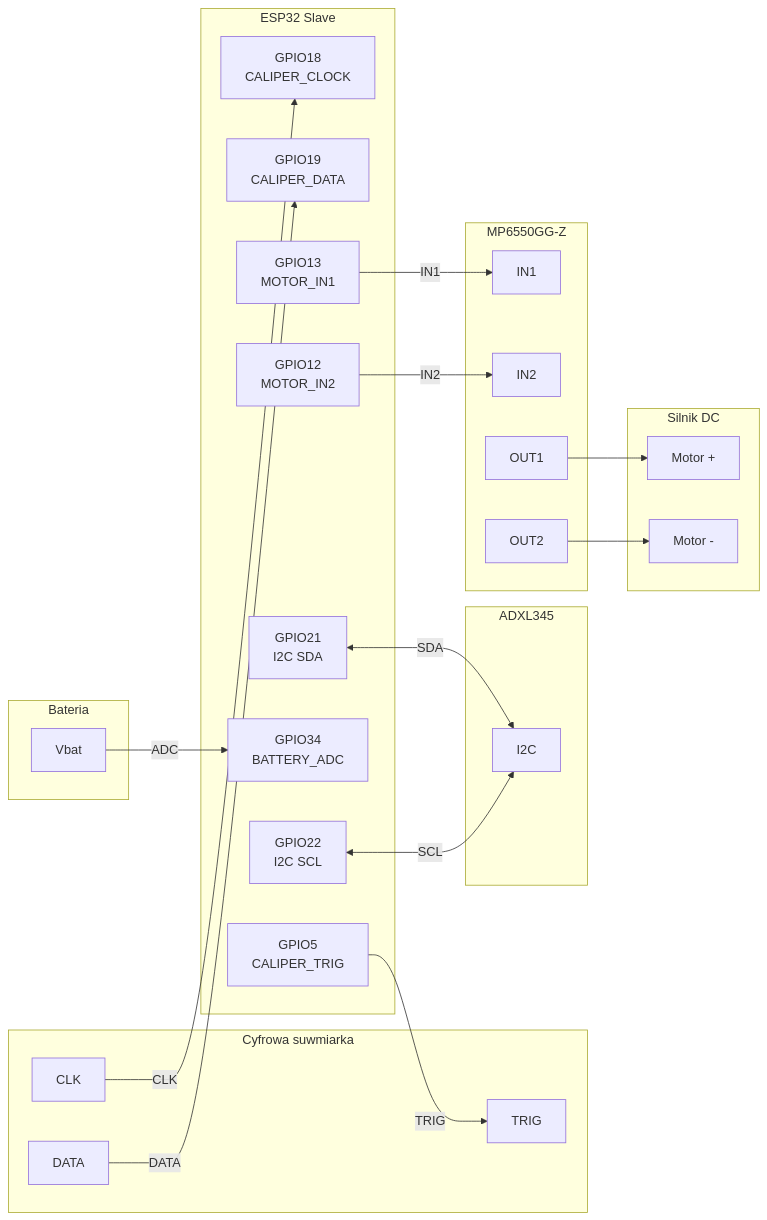
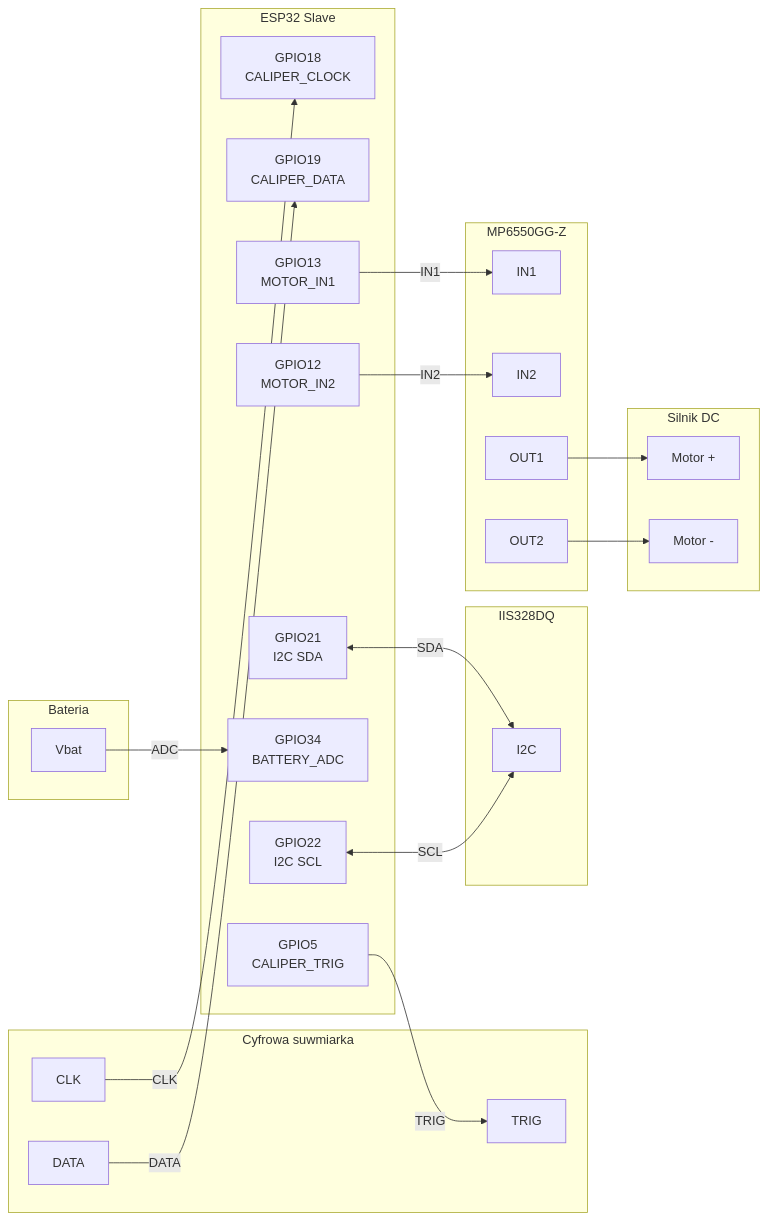
Before and after one commit to ciupakt/caliper: the third of 3 diagrams in README.md, drawn with Mermaid. The commit also changed other lines of this file and 9 other files, not shown here.

````diff
--- a/README.md
+++ b/README.md
@@ -174,58 +174,58 @@
 ```mermaid
 flowchart LR
     %% Układ: urządzenia po lewej, ESP32 po środku, obciążenia po prawej.
 
     subgraph CAL[Cyfrowa suwmiarka]
         CAL_CLK[CLK]
         CAL_DATA[DATA]
         CAL_TRIG[TRIG]
     end
 
-    subgraph ACC[ADXL345]
+    subgraph ACC[IIS328DQ]
         ACC_I2C[I2C]
     end
 
     subgraph BATT[Bateria]
         BATT_V[Vbat]
     end
 
     subgraph SL[ESP32 Slave]
         GPIO18[GPIO18<br/>CALIPER_CLOCK]
         GPIO19[GPIO19<br/>CALIPER_DATA]
         GPIO5[GPIO5<br/>CALIPER_TRIG]
 
         GPIO21[GPIO21<br/>I2C SDA]
         GPIO22[GPIO22<br/>I2C SCL]
 
         GPIO34[GPIO34<br/>BATTERY_ADC]
 
         GPIO13[GPIO13<br/>MOTOR_IN1]
         GPIO12[GPIO12<br/>MOTOR_IN2]
     end
 
     subgraph DRV[MP6550GG-Z]
         DRV_IN1[IN1]
         DRV_IN2[IN2]
         DRV_OUT1[OUT1]
         DRV_OUT2[OUT2]
     end
 
     subgraph MOT[Silnik DC]
         MOT_A[Motor +]
         MOT_B[Motor -]
     end
 
     CAL_CLK -->|CLK| GPIO18
     CAL_DATA -->|DATA| GPIO19
     GPIO5 -->|TRIG| CAL_TRIG
 
     GPIO21 <--> |SDA| ACC_I2C
     GPIO22 <--> |SCL| ACC_I2C
 
     BATT_V -->|ADC| GPIO34
 
     GPIO13 -->|IN1| DRV_IN1
     GPIO12 -->|IN2| DRV_IN2
     DRV_OUT1 --> MOT_A
     DRV_OUT2 --> MOT_B
 ```
````
